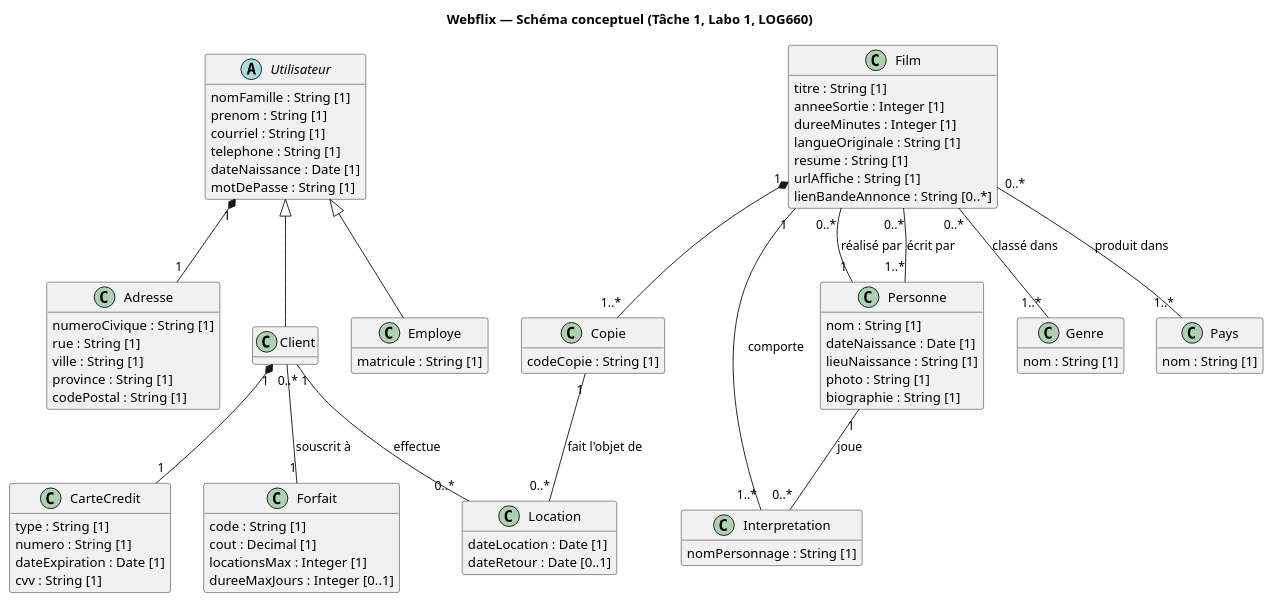
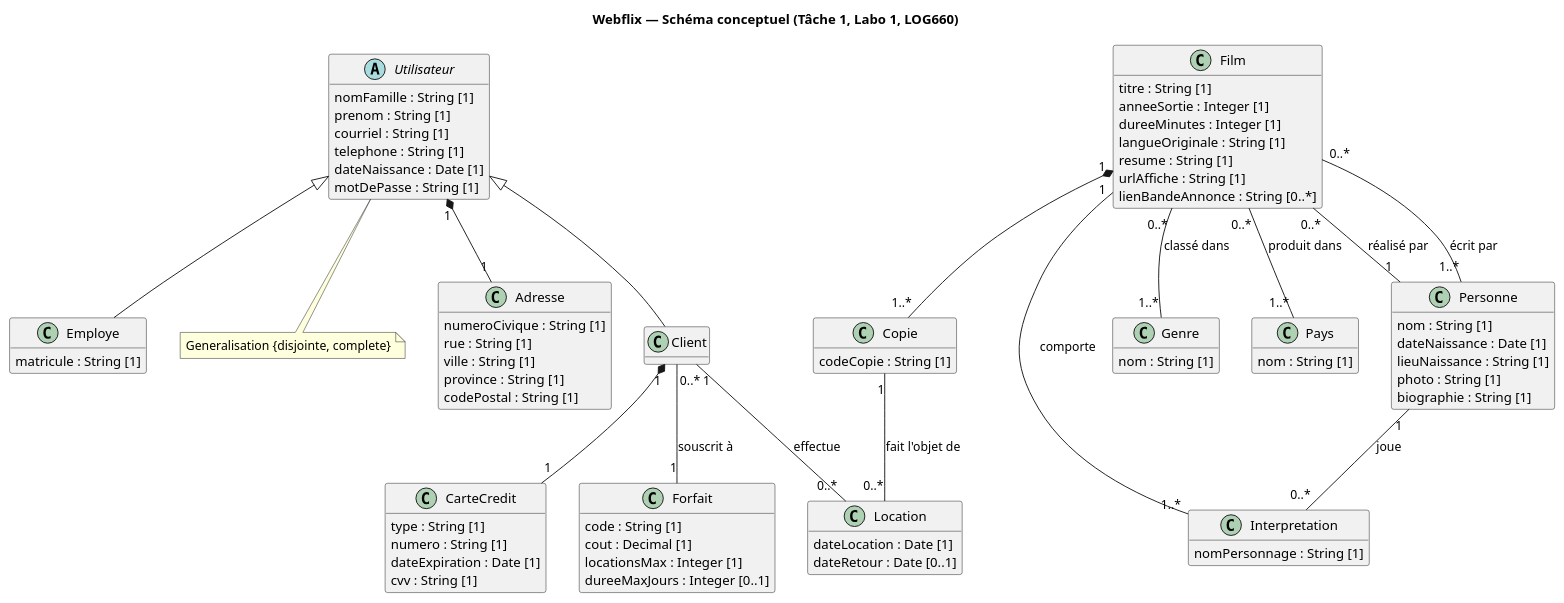
One commit to Mat-Flores/LOG660-Lab1 changed the diagram in T1 - Schéma conceptuel.puml. Above: the diagram before and after it, drawn with PlantUML. The commit also changed other lines of this file, not shown here.

Commit message:
Enhance conceptual schema with additional comments and structure. Added notes regarding data requirements for various entities, including clients, films, and persons. Updated class hierarchy to reflect complete and disjoint specialization for users, distinguishing between clients and employees.

```diff
--- a/T1 - Schéma conceptuel.puml
+++ b/T1 - Schéma conceptuel.puml
@@ -3,106 +40,111 @@
 @startuml WebflixSchemaConceptuel
 title Webflix — Schéma conceptuel (Tâche 1, Labo 1, LOG660)
 
 skinparam classAttributeIconSize 0
 hide empty methods
 
 ' ===================== UTILISATEURS DU SYSTÈME =====================
 abstract class Utilisateur {
   nomFamille : String [1]
   prenom : String [1]
   courriel : String [1]
   telephone : String [1]
   dateNaissance : Date [1]
   motDePasse : String [1]
 }
 
 Utilisateur "1" *-- "1" Adresse
 class Adresse {
   numeroCivique : String [1]
   rue : String [1]
   ville : String [1]
   province : String [1]
   codePostal : String [1]
 }
 
+' Specialisation disjointe et complete : un utilisateur est soit un client, soit un employe.
 Utilisateur <|-- Client
+Utilisateur <|-- Employe
+note bottom of Utilisateur
+  Generalisation {disjointe, complete}
+end note
+
 class Client
 
 Client "1" *-- "1" CarteCredit
 class CarteCredit {
   type : String [1]
   numero : String [1]
   dateExpiration : Date [1]
   cvv : String [1]
 }
 
-Utilisateur <|-- Employe
 class Employe {
   matricule : String [1]
 }
 
 Client "0..*" -- "1" Forfait : souscrit à
 class Forfait {
   code : String [1]
   cout : Decimal [1]
   locationsMax : Integer [1]
   dureeMaxJours : Integer [0..1]
 }
 
 
 
 ' ===================== CATALOGUE DE FILMS =====================
 class Film {
   titre : String [1]
   anneeSortie : Integer [1]
   dureeMinutes : Integer [1]
   langueOriginale : String [1]
   resume : String [1]
   urlAffiche : String [1]
   lienBandeAnnonce : String [0..*]
 }
 
 Film "0..*" -- "1..*" Genre : classé dans
 class Genre {
   nom : String [1]
 }
 
 Film "0..*" -- "1..*" Pays : produit dans
 class Pays {
   nom : String [1]
 }
 
 Film "0..*" -- "1" Personne : réalisé par
 Film "0..*" -- "1..*" Personne : écrit par
 class Personne {
   nom : String [1]
   dateNaissance : Date [1]
   lieuNaissance : String [1]
   photo : String [1]
   biographie : String [1]
 }
 
 Film "1" -- "1..*" Interpretation : comporte
 Personne "1" -- "0..*" Interpretation : joue
 class Interpretation {
   nomPersonnage : String [1]
 }
 
 
 
 ' ===================== INVENTAIRE ET LOCATIONS =====================
 Film "1" *-- "1..*" Copie
 class Copie {
   codeCopie : String [1]
 }
 
 Client "1" -- "0..*" Location : effectue
 Copie "1" -- "0..*" Location : fait l'objet de
 class Location {
   dateLocation : Date [1]
   dateRetour : Date [0..1]
 }
 
 
 
 @enduml
```
